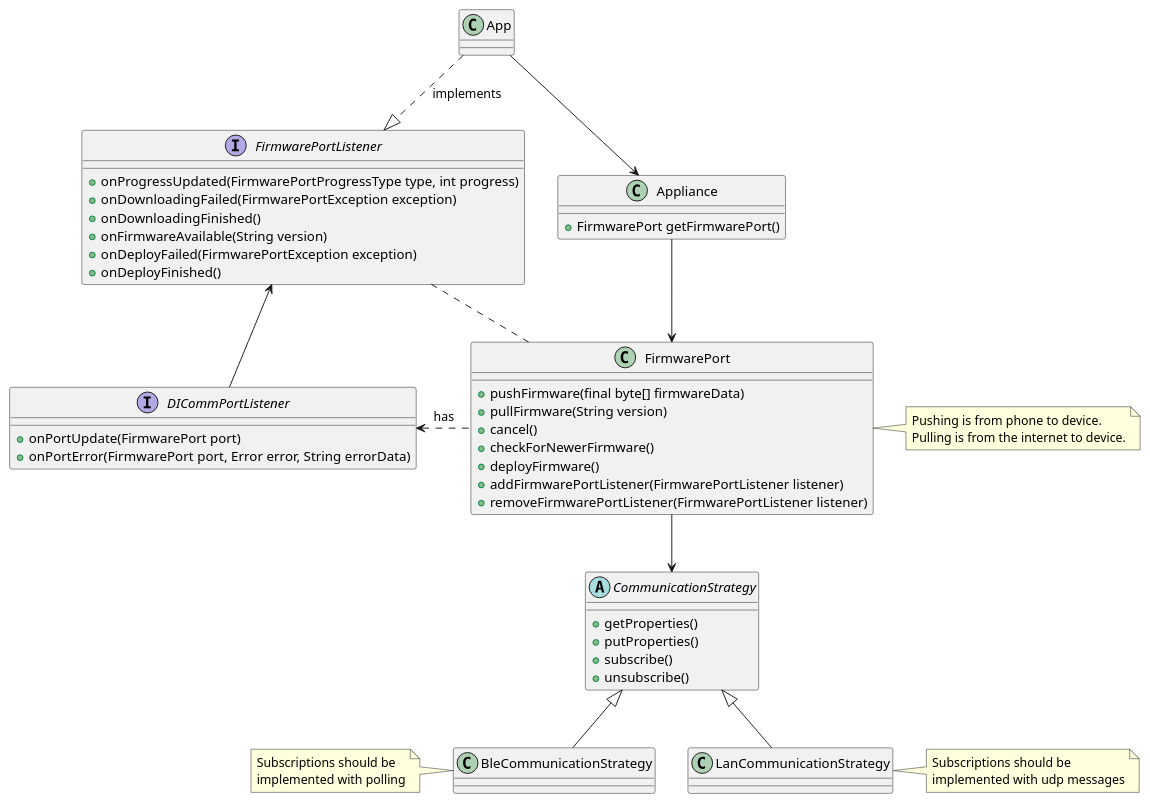
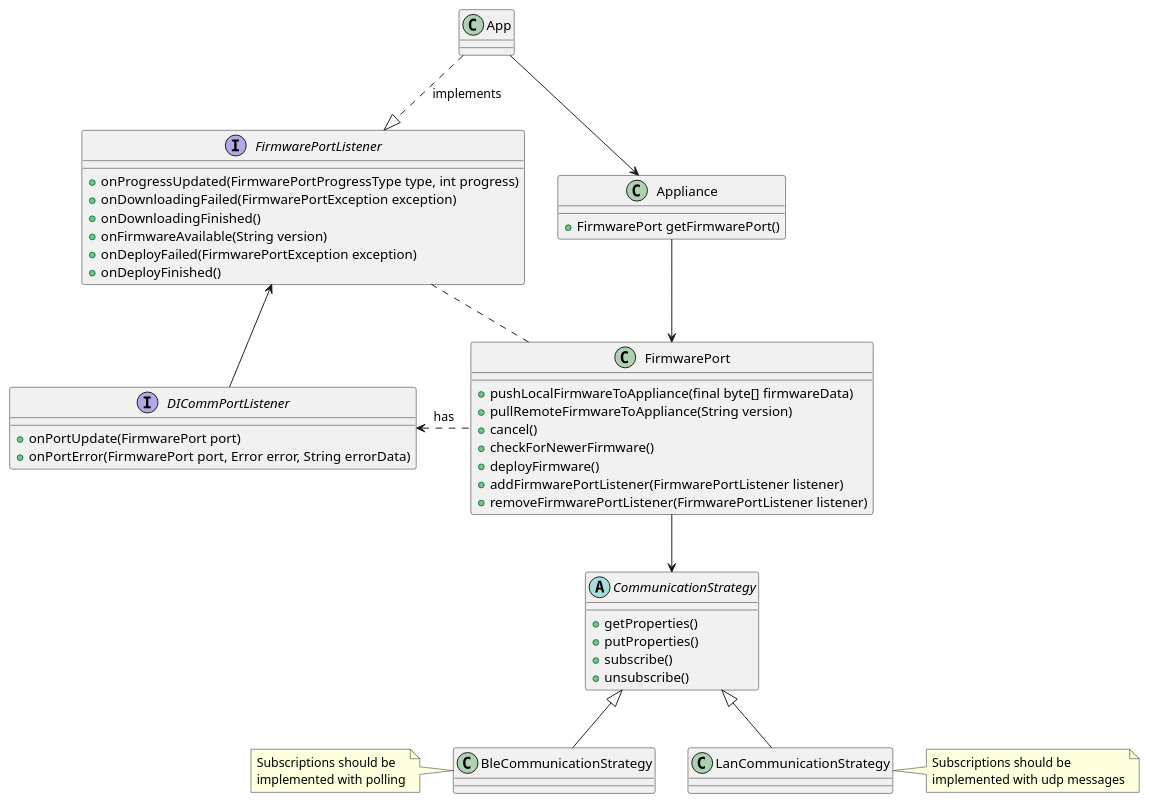
Before and after one commit to rahul2008/mobile-plf-android: the diagram in Documents/Internal/FirewareUpgrade.puml, drawn with PlantUML. The commit also changed 1 other file, not shown here.

```diff
--- a/Documents/Internal/FirewareUpgrade.puml
+++ b/Documents/Internal/FirewareUpgrade.puml
@@ -1,62 +1,61 @@
 @startuml
 
 class App {
 }
 
 class Appliance {
     + FirmwarePort getFirmwarePort()
 }
 
 class FirmwarePort {
-    + pushFirmware(final byte[] firmwareData)
-    + pullFirmware(String version)
+    + pushLocalFirmwareToAppliance(final byte[] firmwareData)
+    + pullRemoteFirmwareToAppliance(String version)
     + cancel()
     + checkForNewerFirmware()
     + deployFirmware()
     + addFirmwarePortListener(FirmwarePortListener listener)
     + removeFirmwarePortListener(FirmwarePortListener listener)
 }
-note right: Pushing is from phone to device.\nPulling is from the internet to device.
 
 interface FirmwarePortListener {
     + onProgressUpdated(FirmwarePortProgressType type, int progress)
     + onDownloadingFailed(FirmwarePortException exception)
     + onDownloadingFinished()
     + onFirmwareAvailable(String version)
     + onDeployFailed(FirmwarePortException exception)
     + onDeployFinished()
 }
 
 interface DICommPortListener {
     + onPortUpdate(FirmwarePort port)
     + onPortError(FirmwarePort port, Error error, String errorData)
 }
 
 abstract class CommunicationStrategy {
     + getProperties()
     + putProperties()
     + subscribe()
     + unsubscribe()
 }
 
 
 class BleCommunicationStrategy {
 }
 note left : Subscriptions should be\nimplemented with polling
 
 class LanCommunicationStrategy {
 }
 note right : Subscriptions should be\nimplemented with udp messages
 
 
 App -down-> Appliance
 App ..|> FirmwarePortListener : implements
 Appliance -down-> FirmwarePort
 FirmwarePort .. FirmwarePortListener
 FirmwarePort .left.> DICommPortListener: has
 DICommPortListener -up-> FirmwarePortListener
 CommunicationStrategy <|-- LanCommunicationStrategy
 CommunicationStrategy <|-- BleCommunicationStrategy
 FirmwarePort --> CommunicationStrategy
 
 @enduml
```
